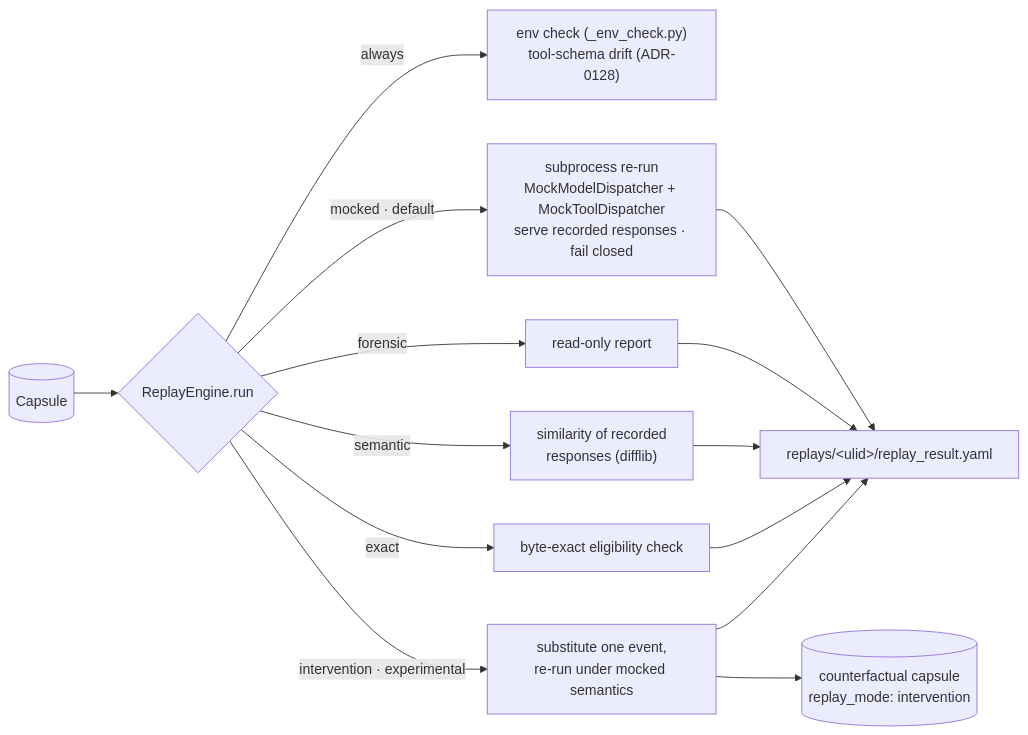
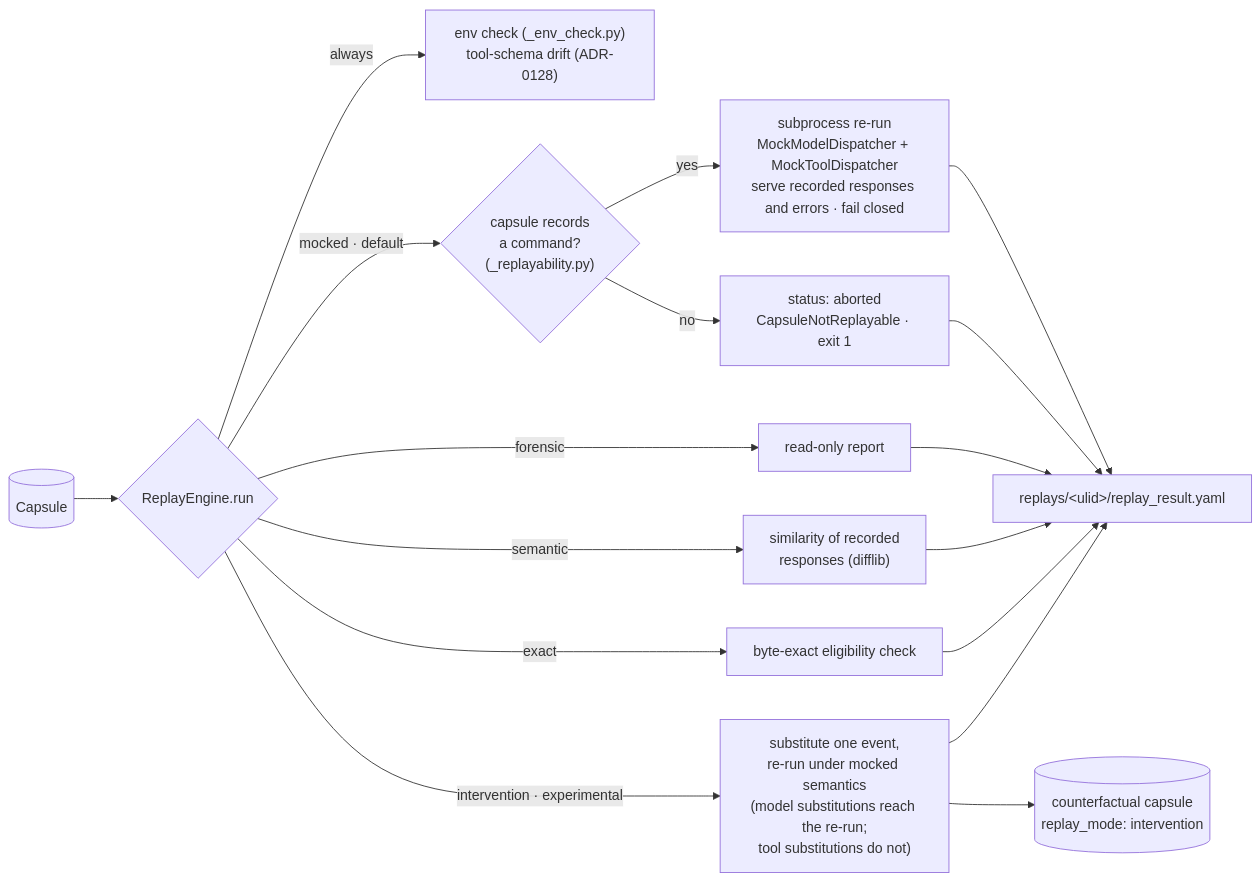
The diagram in docs/architecture/replay-modes.md (MSKazemi/novafabric), drawn with Mermaid before and after one commit. The commit also changed other lines of this file and 4 other files, not shown here.

First line of the commit message:
docs(architecture): as-built sync for the issue sweep — in-process capsules, the measured host block, diff and replay exit codes, legacy-capsule refusal, intervention delivery, and the prompt-capture invariant stated as not met

````diff
--- a/docs/architecture/replay-modes.md
+++ b/docs/architecture/replay-modes.md
@@ -23,12 +23,14 @@
 ```mermaid
 flowchart LR
     C[(Capsule)] --> E{ReplayEngine.run}
     E -->|always| CK["env check (_env_check.py)<br/>tool-schema drift (ADR-0128)"]
-    E -->|mocked · default| M["subprocess re-run<br/>MockModelDispatcher + MockToolDispatcher<br/>serve recorded responses · fail closed"]
+    E -->|mocked · default| RQ{"capsule records<br/>a command?<br/>(_replayability.py)"}
+    RQ -->|no| AB["status: aborted<br/>CapsuleNotReplayable · exit 1"]
+    RQ -->|yes| M["subprocess re-run<br/>MockModelDispatcher + MockToolDispatcher<br/>serve recorded responses and errors · fail closed"]
     E -->|forensic| F["read-only report"]
     E -->|semantic| S["similarity of recorded<br/>responses (difflib)"]
     E -->|exact| X["byte-exact eligibility check"]
-    E -->|intervention · experimental| I["substitute one event,<br/>re-run under mocked semantics"]
-    M & F & S & X & I --> R["replays/&lt;ulid&gt;/replay_result.yaml"]
+    E -->|intervention · experimental| I["substitute one event,<br/>re-run under mocked semantics<br/>(model substitutions reach the re-run;<br/>tool substitutions do not)"]
+    M & AB & F & S & X & I --> R["replays/&lt;ulid&gt;/replay_result.yaml"]
     I --> CC[(counterfactual capsule<br/>replay_mode: intervention)]
 ```
````
